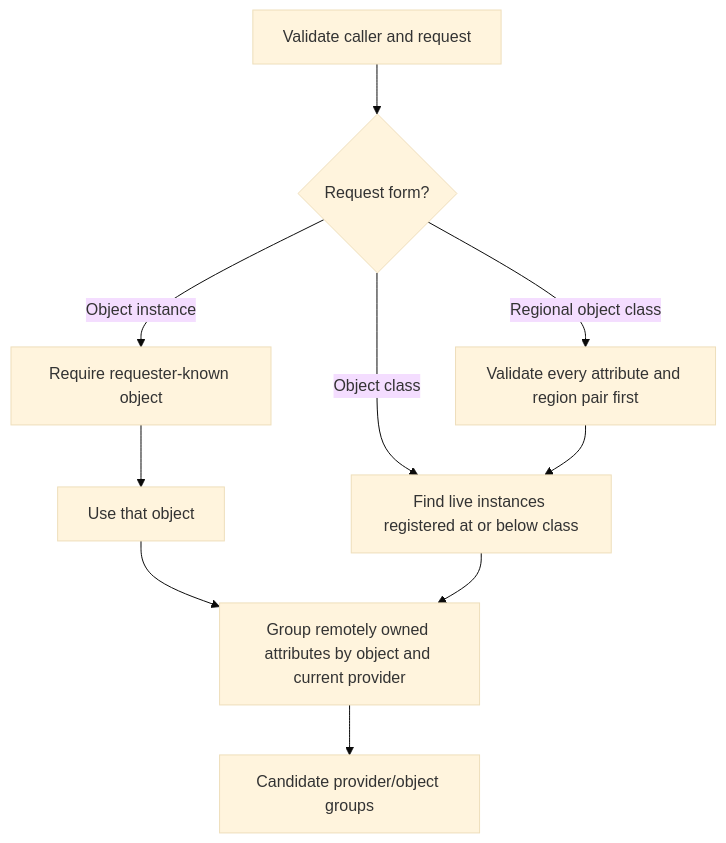
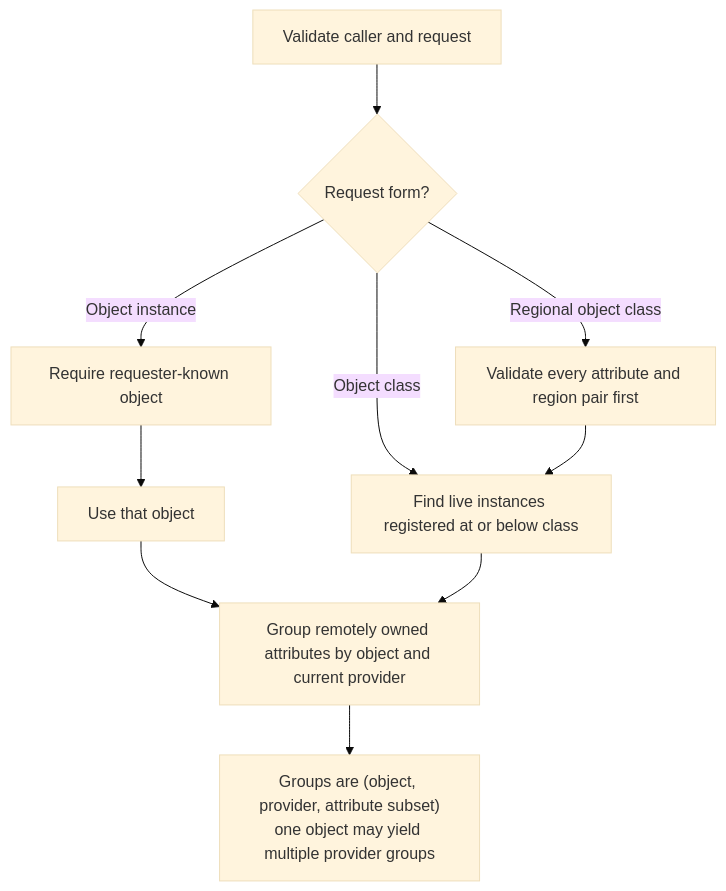
Before and after one commit to sheepfling/umbra: the third of 12 diagrams in docs/design/HLA-2025-ATTRIBUTE-VALUE-UPDATE-REQUEST-FLOW-GUIDE.md, drawn with Mermaid (base theme). The commit also changed other lines of this file and 668 other files, not shown here.

````diff
--- a/docs/design/HLA-2025-ATTRIBUTE-VALUE-UPDATE-REQUEST-FLOW-GUIDE.md
+++ b/docs/design/HLA-2025-ATTRIBUTE-VALUE-UPDATE-REQUEST-FLOW-GUIDE.md
@@ -94,12 +144,12 @@
 ```mermaid
 flowchart TD
   Start["Validate caller and request"] --> Kind{"Request form?"}
   Kind -->|Object instance| Known["Require requester-known object"]
   Known --> One["Use that object"]
   Kind -->|Object class| Expand["Find live instances registered at or below class"]
   Kind -->|Regional object class| Regions["Validate every attribute and region pair first"]
   Regions --> Expand
   One --> Partition["Group remotely owned attributes by object and current provider"]
   Expand --> Partition
-  Partition --> Candidates["Candidate provider/object groups"]
+  Partition --> Candidates["Groups are (object, provider, attribute subset)<br/>one object may yield multiple provider groups"]
 ```
````
